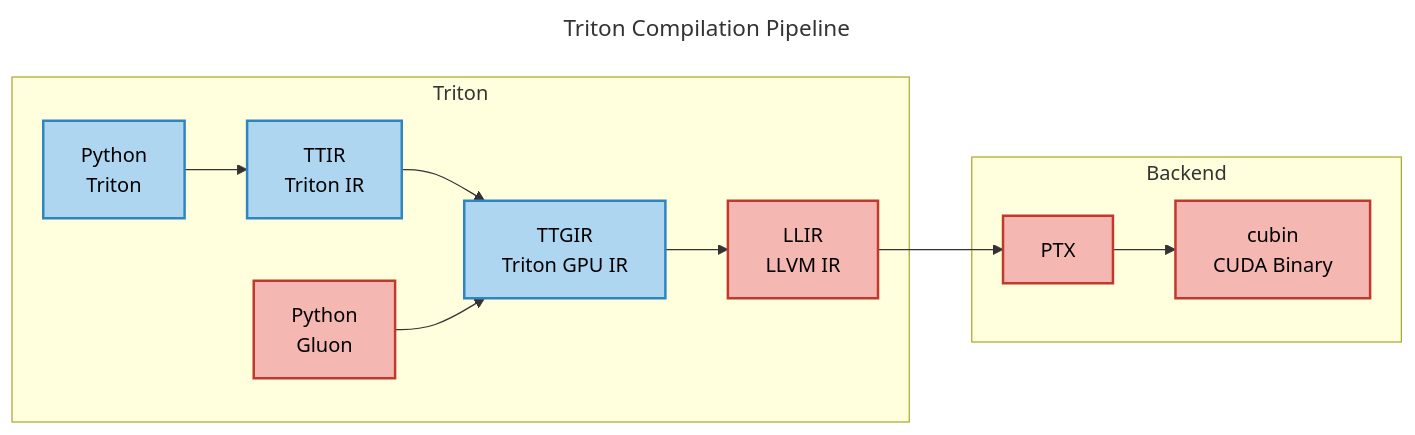
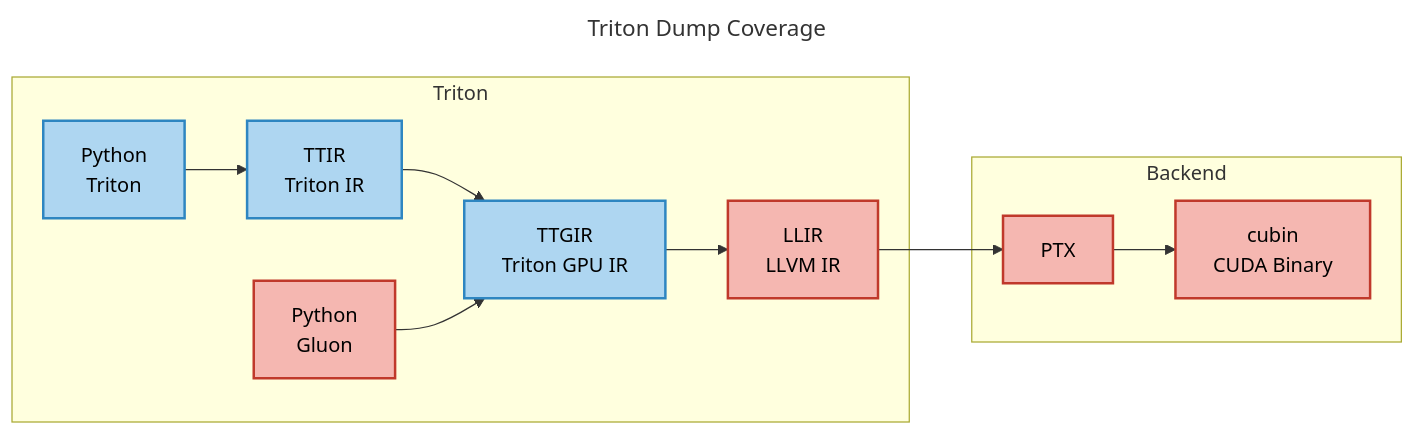
One commit to toyaix/triton-runner changed the second of 2 diagrams in README.md. Above: the diagram before and after it, drawn with Mermaid. The commit also changed other lines of this file, not shown here.

````diff
--- a/README.md
+++ b/README.md
@@ -178,22 +176,22 @@
 ```mermaid
 ---
-title: Triton Compilation Pipeline
+title: Triton Dump Coverage
 ---
 flowchart LR
 
     subgraph Triton
         A["Python<br>Triton"]:::supported --> B["TTIR<br>Triton IR"]:::supported
         B --> C["TTGIR<br>Triton GPU IR"]:::supported
         C --> D["LLIR<br>LLVM IR"]:::unsupported
 
         Gluon["Python<br>Gluon"]:::unsupported --> C
     end
 
     subgraph Backend
         D --> E["PTX"]:::unsupported
         E --> F["cubin<br>CUDA Binary"]:::unsupported
     end
 
     classDef supported fill:#AED6F1,stroke:#2E86C1,stroke-width:2px,color:#000000;
     classDef unsupported fill:#F5B7B1,stroke:#C0392B,stroke-width:2px,color:#000000;
 ```
````
